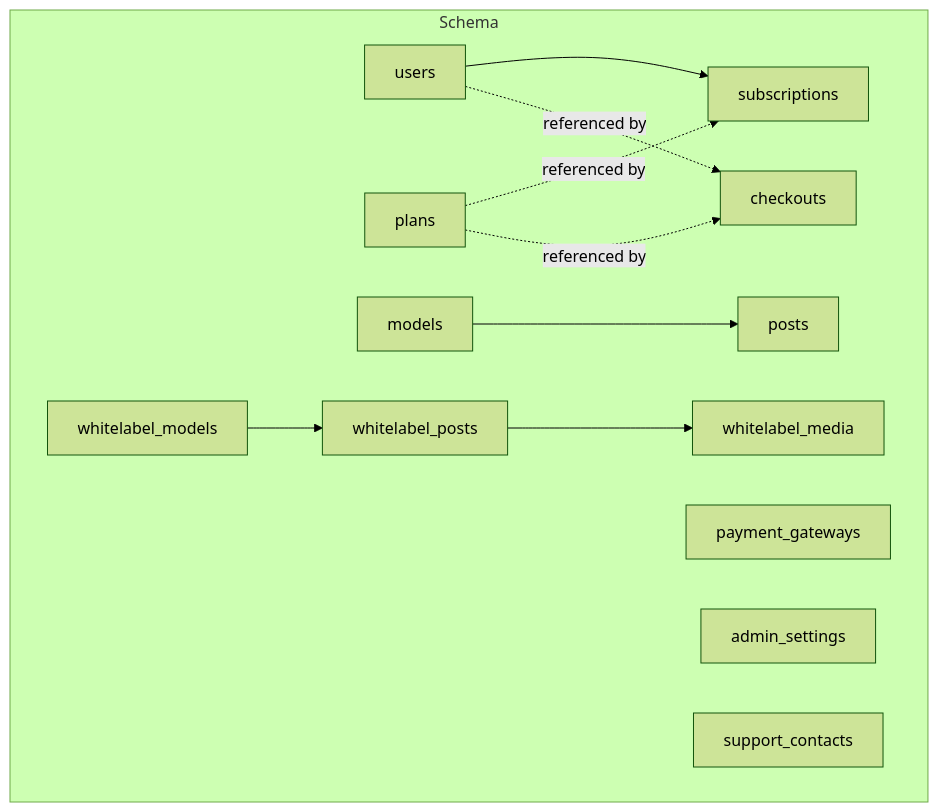
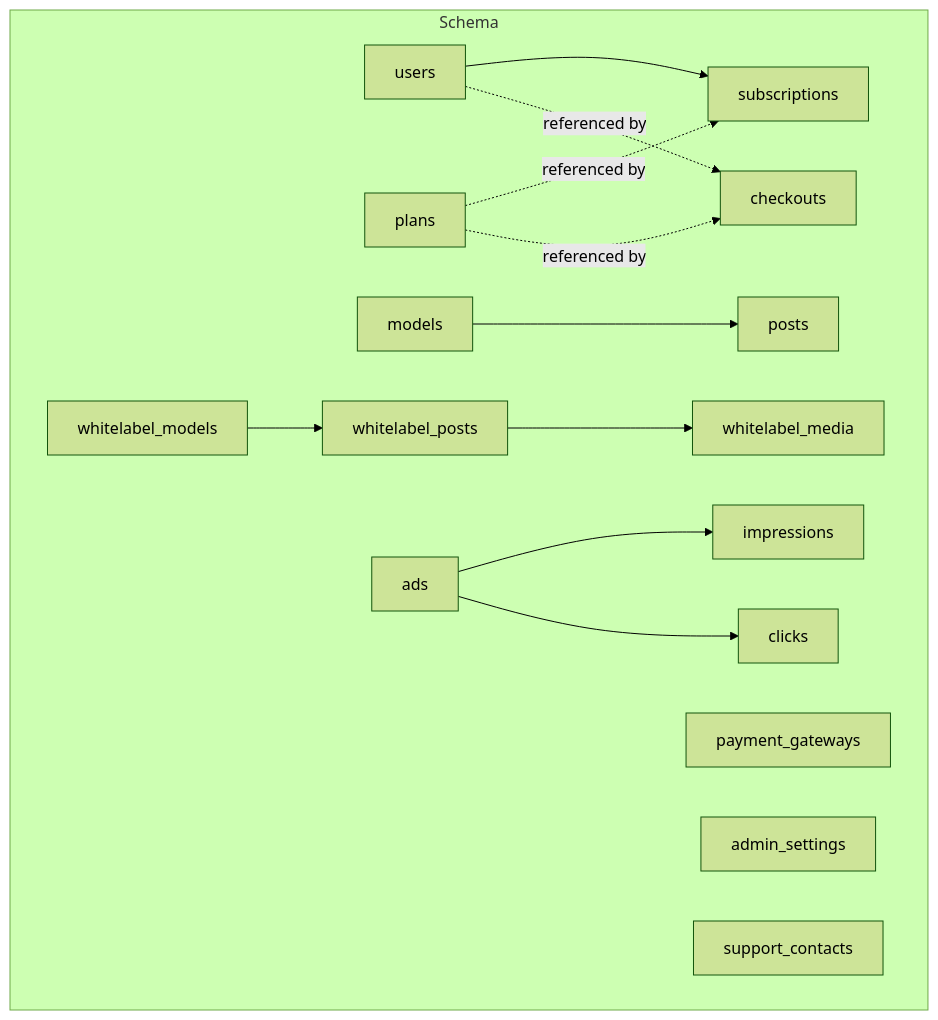
One commit to eromedrive2tb-gif/Avitrine changed the first of 9 diagrams in .qoder/repowiki/en/content/Database Design/Core Data Models/Core Data Models.md. Above: the diagram before and after it, drawn with Mermaid (forest theme). The commit also changed other lines of this file and 18 other files, not shown here.

````diff
--- a/.qoder/repowiki/en/content/Database Design/Core Data Models/Core Data Models.md
+++ b/.qoder/repowiki/en/content/Database Design/Core Data Models/Core Data Models.md
@@ -39,24 +55,29 @@
 ```mermaid
 graph TB
 subgraph "Schema"
 U["users"]
 P["plans"]
 S["subscriptions"]
 M["models"]
 Po["posts"]
 WLM["whitelabel_models"]
 WLP["whitelabel_posts"]
 WLMed["whitelabel_media"]
 PG["payment_gateways"]
 CK["checkouts"]
 AS["admin_settings"]
 SC["support_contacts"]
+AD["ads"]
+IMP["impressions"]
+CLK["clicks"]
 end
 U --> S
 P -. "referenced by" .-> S
 M --> Po
 WLM --> WLP
 WLP --> WLMed
 U -. "referenced by" .-> CK
 P -. "referenced by" .-> CK
+AD --> IMP
+AD --> CLK
 ```
````
